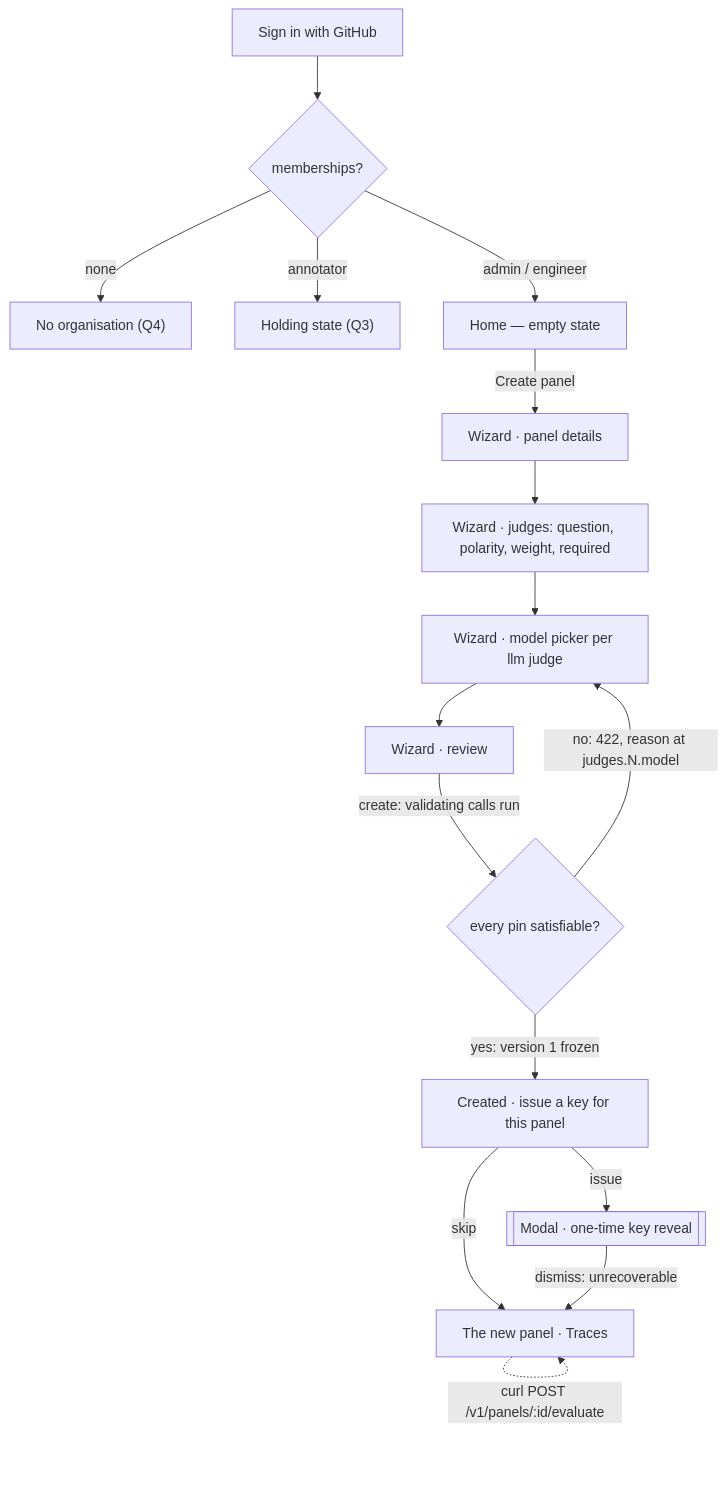
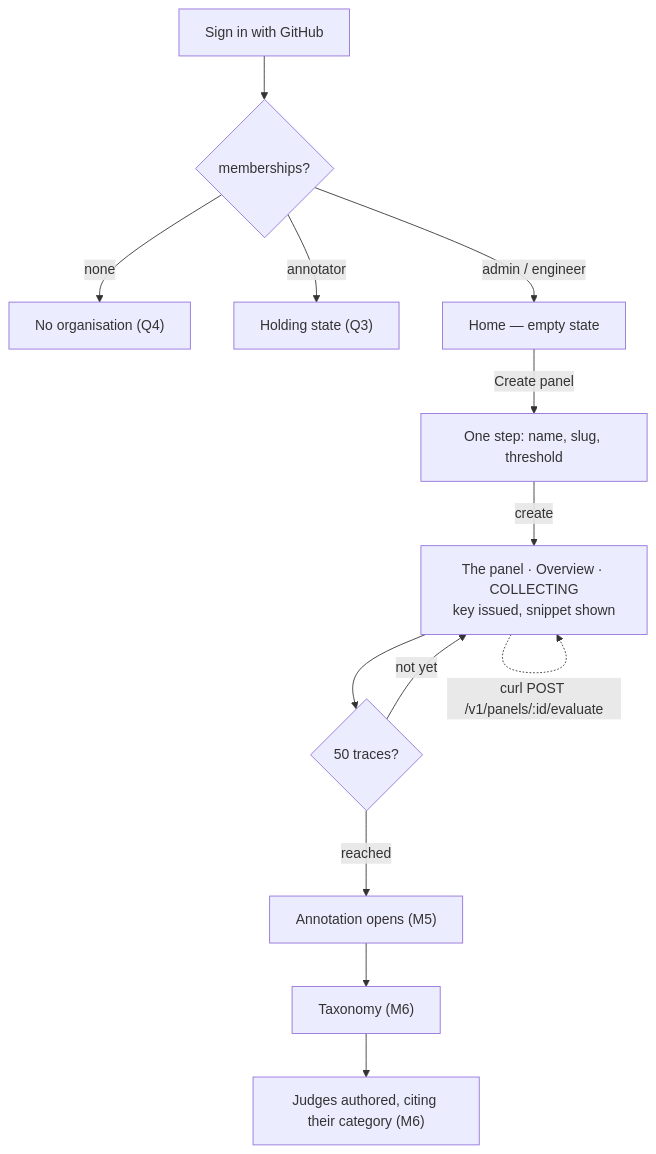
The diagram in mockups/CONSOLE_FLOW.md (PatKeenan/label-loop), drawn with Mermaid before and after one commit. The commit also changed other lines of this file and 9 other files, not shown here.

First line of the commit message:
docs(mockups): draw the console frame, and let a panel collect before it judges

````diff
--- a/mockups/CONSOLE_FLOW.md
+++ b/mockups/CONSOLE_FLOW.md
@@ -201,18 +206,14 @@
 ```mermaid
 flowchart TD
   A[Sign in with GitHub] --> B{memberships?}
   B -- none --> N["No organisation (Q4)"]
   B -- annotator --> H["Holding state (Q3)"]
   B -- admin / engineer --> P["Home — empty state"]
-  P -- Create panel --> W1[Wizard · panel details]
-  W1 --> W2[Wizard · judges: question, polarity, weight, required]
-  W2 --> W3[Wizard · model picker per llm judge]
-  W3 --> W4[Wizard · review]
-  W4 -- create: validating calls run --> R{every pin satisfiable?}
-  R -- no: 422, reason at judges.N.model --> W3
-  R -- yes: version 1 frozen --> D[Created · issue a key for this panel]
-  D -- issue --> K[[Modal · one-time key reveal]]
-  D -- skip --> T
-  K -- dismiss: unrecoverable --> T[The new panel · Traces]
-  T -. curl POST /v1/panels/:id/evaluate .-> T
+  P -- Create panel --> W["One step: name, slug, threshold"]
+  W -- create --> D["The panel · Overview · COLLECTING<br/>key issued, snippet shown"]
+  D -. curl POST /v1/panels/:id/evaluate .-> D
+  D --> G{"50 traces?"}
+  G -- not yet --> D
+  G -- reached --> AN["Annotation opens (M5)"]
+  AN --> TX["Taxonomy (M6)"] --> J["Judges authored, citing their category (M6)"]
 ```
````
